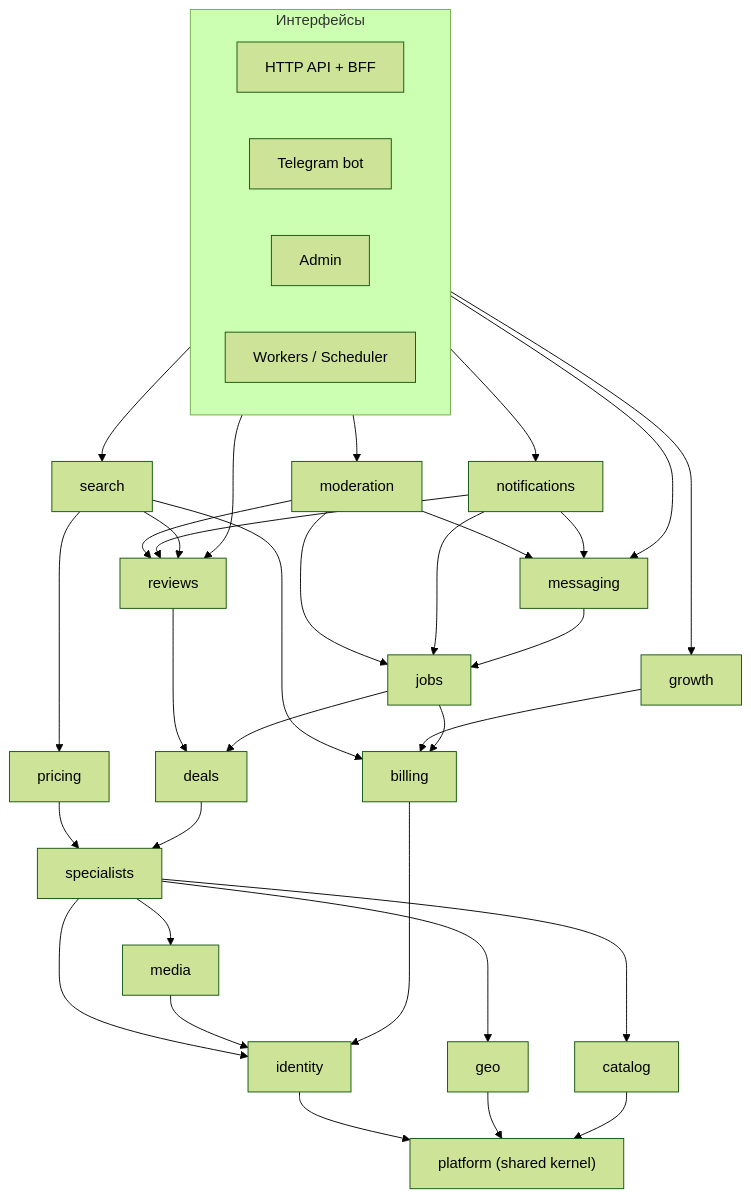
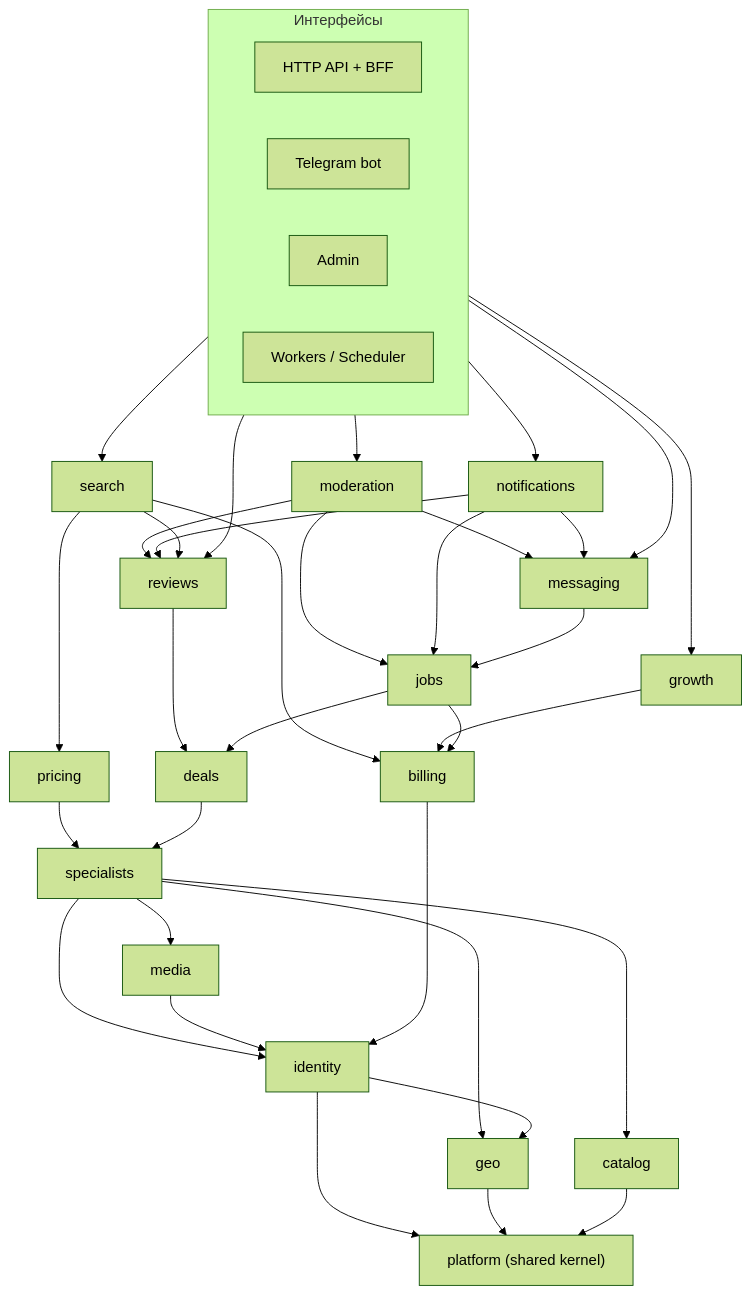
One commit to stasonkolol-source/specialist_app changed the third of 21 diagrams in docs/ARCHITECTURE.md. Above: the diagram before and after it, drawn with Mermaid (forest theme). The commit also changed other lines of this file and 59 other files, not shown here.

````diff
--- a/docs/ARCHITECTURE.md
+++ b/docs/ARCHITECTURE.md
@@ -348,25 +348,26 @@
 ```mermaid
 flowchart TB
     subgraph interfaces["Интерфейсы"]
         http["HTTP API + BFF"]
         bot["Telegram bot"]
         adminui["Admin"]
         workers["Workers / Scheduler"]
     end
     interfaces --> moderation & notifications & search & growth & messaging & reviews
     moderation --> jobs & messaging & reviews
     notifications --> jobs & messaging & reviews
     search --> pricing & reviews & billing
     growth --> billing
     messaging --> jobs
     reviews --> deals
     jobs --> deals & billing
     pricing --> specialists
     deals --> specialists
     specialists --> identity & geo & catalog & media
     media --> identity
     billing --> identity
+    identity --> geo
     identity --> platform["platform (shared kernel)"]
     geo --> platform
     catalog --> platform
 ```
````
